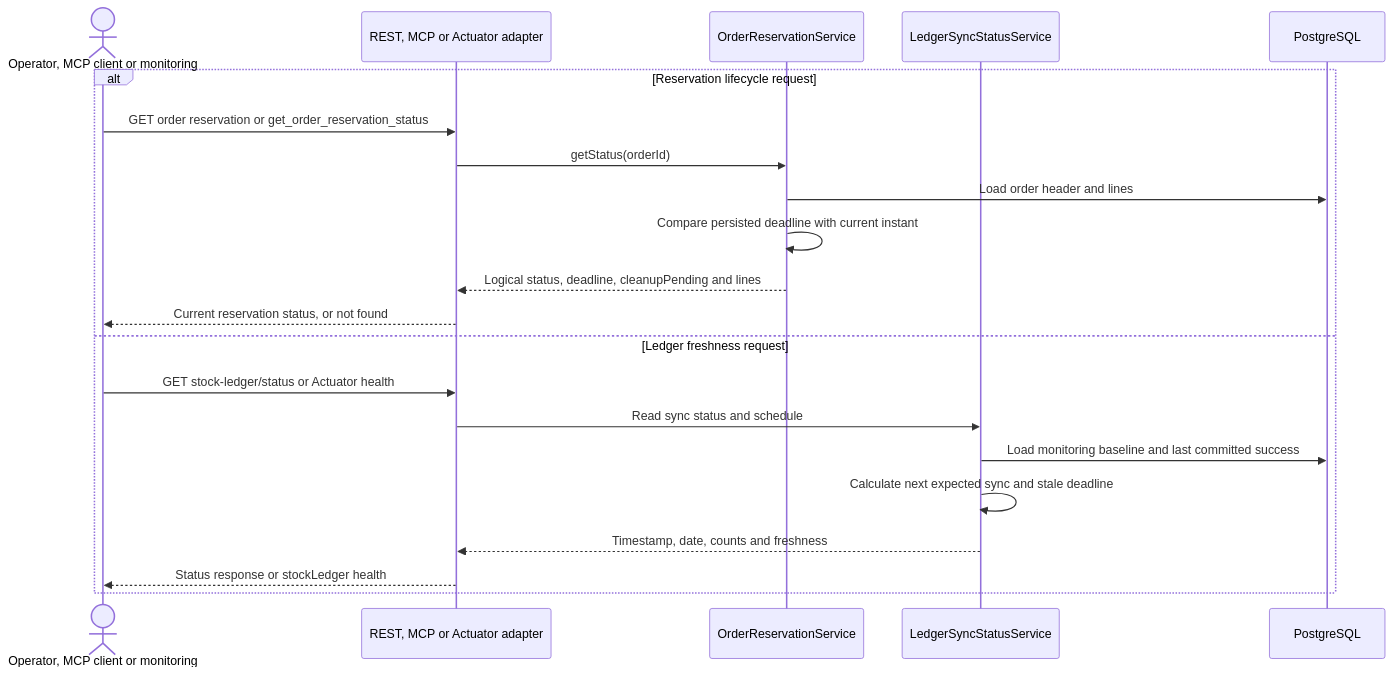
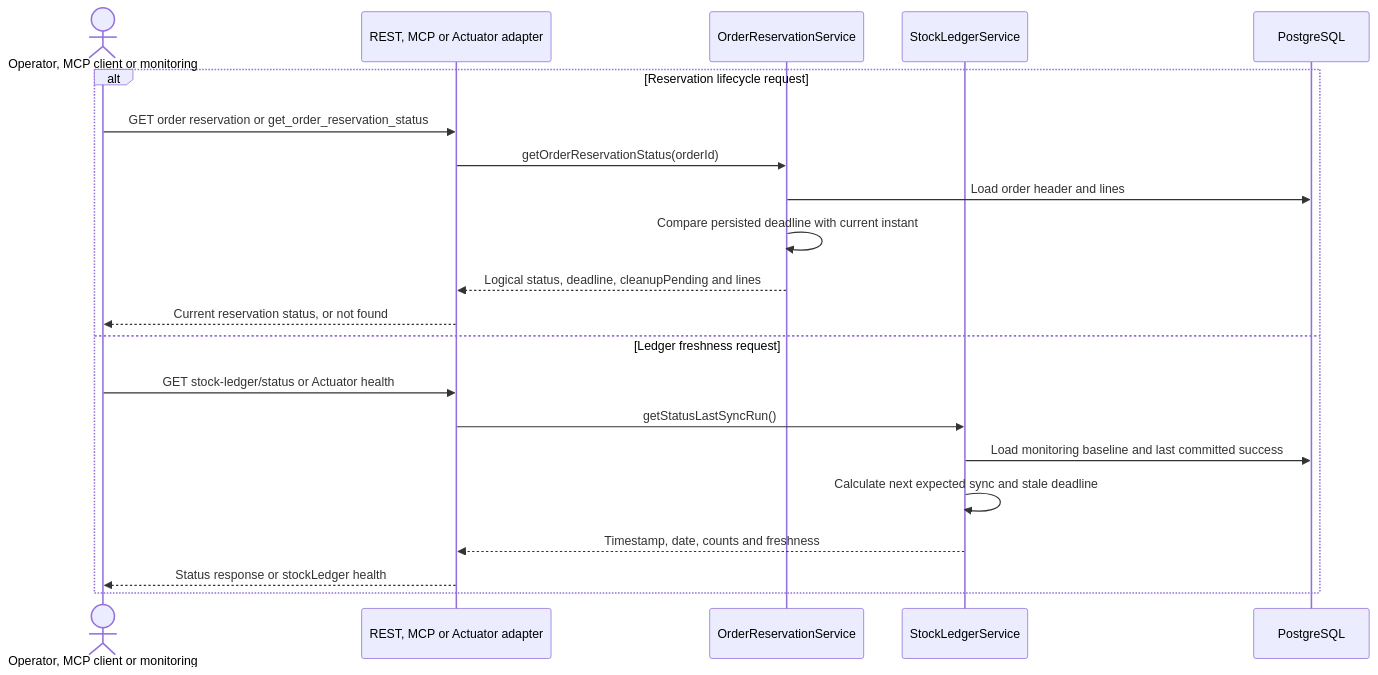
Diagram 12 of 15 in .github/memory/architecture.md (vriesjo/stockio), drawn with Mermaid before and after one commit. The commit also changed other lines of this file and 2 other files, not shown here.

````diff
--- a/.github/memory/architecture.md
+++ b/.github/memory/architecture.md
@@ -922,24 +976,24 @@
 ```mermaid
 sequenceDiagram
     actor Caller as Operator, MCP client or monitoring
     participant Adapter as REST, MCP or Actuator adapter
     participant Orders as OrderReservationService
-    participant Ledger as LedgerSyncStatusService
+    participant Ledger as StockLedgerService
     participant DB as PostgreSQL
 
     alt Reservation lifecycle request
         Caller->>Adapter: GET order reservation or get_order_reservation_status
-        Adapter->>Orders: getStatus(orderId)
+        Adapter->>Orders: getOrderReservationStatus(orderId)
         Orders->>DB: Load order header and lines
         Orders->>Orders: Compare persisted deadline with current instant
         Orders-->>Adapter: Logical status, deadline, cleanupPending and lines
         Adapter-->>Caller: Current reservation status, or not found
     else Ledger freshness request
         Caller->>Adapter: GET stock-ledger/status or Actuator health
-        Adapter->>Ledger: Read sync status and schedule
+        Adapter->>Ledger: getStatusLastSyncRun()
         Ledger->>DB: Load monitoring baseline and last committed success
         Ledger->>Ledger: Calculate next expected sync and stale deadline
         Ledger-->>Adapter: Timestamp, date, counts and freshness
         Adapter-->>Caller: Status response or stockLedger health
     end
 ```
````
